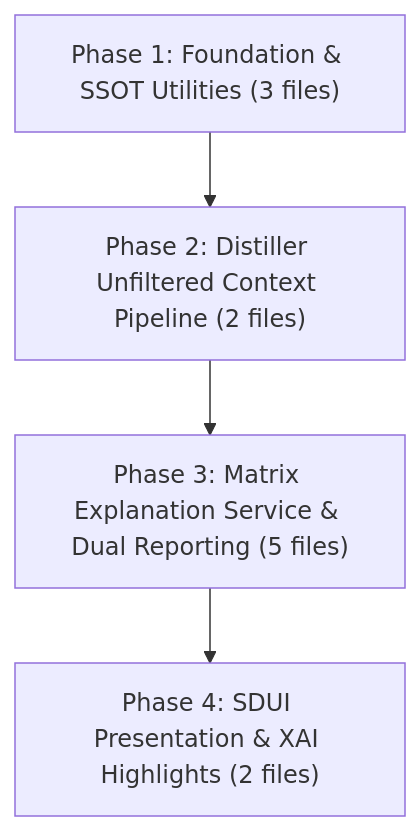
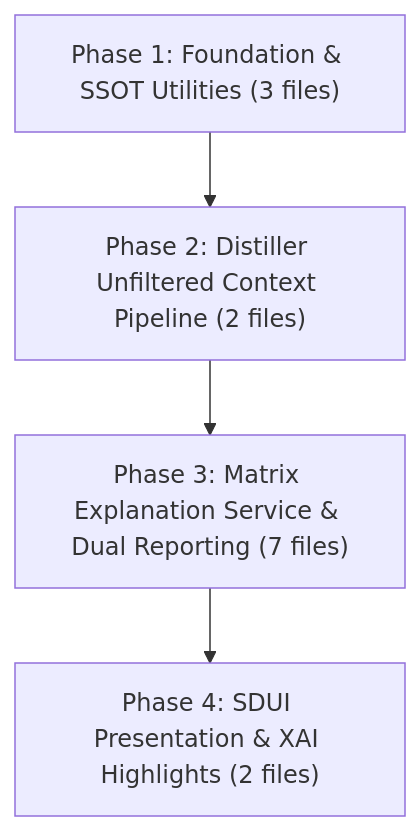
Before and after one commit to launis/quorum: the first of 2 diagrams in docs/epic/EPIC_143_Synthesis_Matrix_Explanation_Fix.md, drawn with Mermaid. The commit also changed other lines of this file and 8 other files, not shown here.

````diff
--- a/docs/epic/EPIC_143_Synthesis_Matrix_Explanation_Fix.md
+++ b/docs/epic/EPIC_143_Synthesis_Matrix_Explanation_Fix.md
@@ -21,6 +21,6 @@
 ```mermaid
 flowchart TD
     P1["Phase 1: Foundation & SSOT Utilities (3 files)"] --> P2["Phase 2: Distiller Unfiltered Context Pipeline (2 files)"]
-    P2 --> P3["Phase 3: Matrix Explanation Service & Dual Reporting (5 files)"]
+    P2 --> P3["Phase 3: Matrix Explanation Service & Dual Reporting (7 files)"]
     P3 --> P4["Phase 4: SDUI Presentation & XAI Highlights (2 files)"]
 ```
````
